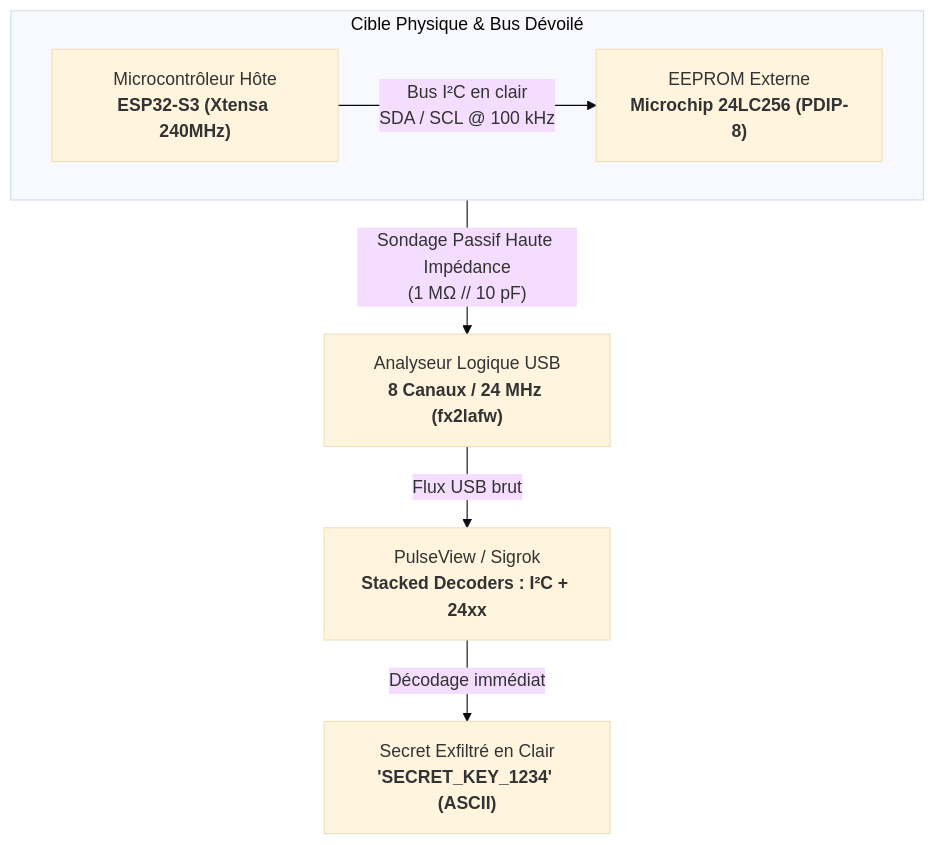
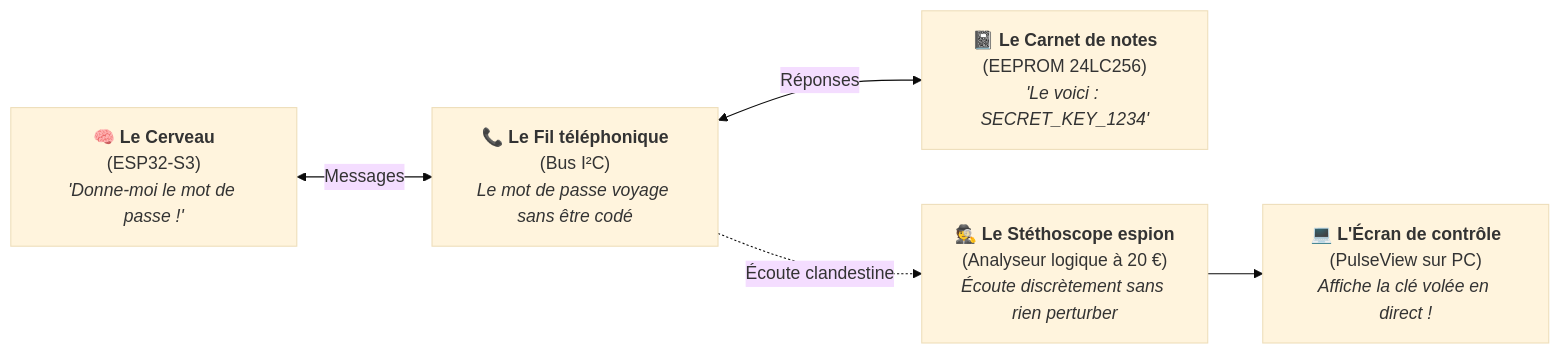
One commit to piaw-cavarec/piaw-cavarec.github.io changed the first of 2 diagrams in src/content/projects/lab-analyse-protocoles-eeprom.md. Above: the diagram before and after it, drawn with Mermaid (base theme). The commit also changed other lines of this file, not shown here.

Commit message:
docs(projects): vulgarisation de la page lab analyse protocoles eeprom & microcontroleur

````diff
--- a/src/content/projects/lab-analyse-protocoles-eeprom.md
+++ b/src/content/projects/lab-analyse-protocoles-eeprom.md
@@ -50,17 +46,13 @@
 ```mermaid
-flowchart TD
-    subgraph BUS["Cible Physique & Bus Dévoilé"]
-        direction LR
-        ESP["Microcontrôleur Hôte<br/><b>ESP32-S3 (Xtensa 240MHz)</b>"]
-        EEPROM["EEPROM Externe<br/><b>Microchip 24LC256 (PDIP-8)</b>"]
-        ESP -- "Bus I²C en clair<br/>SDA / SCL @ 100 kHz" --> EEPROM
-    end
+flowchart LR
+    Cerveau["🧠 <b>Le Cerveau</b><br/>(ESP32-S3)<br/><i>'Donne-moi le mot de passe !'</i>"]
+    Fil["📞 <b>Le Fil téléphonique</b><br/>(Bus I²C)<br/><i>Le mot de passe voyage sans être codé</i>"]
+    Memoire["📓 <b>Le Carnet de notes</b><br/>(EEPROM 24LC256)<br/><i>'Le voici : SECRET_KEY_1234'</i>"]
+    Espion["🕵️ <b>Le Stéthoscope espion</b><br/>(Analyseur logique à 20 €)<br/><i>Écoute discrètement sans rien perturber</i>"]
+    Ecran["💻 <b>L'Écran de contrôle</b><br/>(PulseView sur PC)<br/><i>Affiche la clé volée en direct !</i>"]
 
-    ANALYZER["Analyseur Logique USB<br/><b>8 Canaux / 24 MHz (fx2lafw)</b>"]
-    PULSE["PulseView / Sigrok<br/><b>Stacked Decoders : I²C + 24xx</b>"]
-    SECRET["Secret Exfiltré en Clair<br/><b>'SECRET_KEY_1234' (ASCII)</b>"]
-
-    ESP -- "Sondage Passif Haute Impédance<br/>(1 MΩ // 10 pF)" --> ANALYZER
-    ANALYZER -- "Flux USB brut" --> PULSE
-    PULSE -- "Décodage immédiat" --> SECRET
+    Cerveau <-->|Messages| Fil
+    Fil <-->|Réponses| Memoire
+    Fil -.->|Écoute clandestine| Espion
+    Espion --> Ecran
 ```
````
